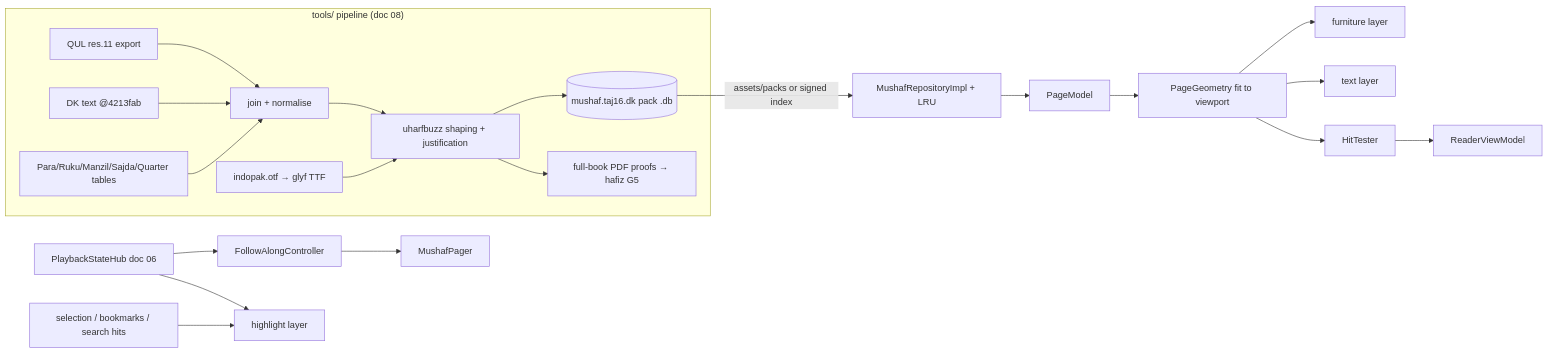
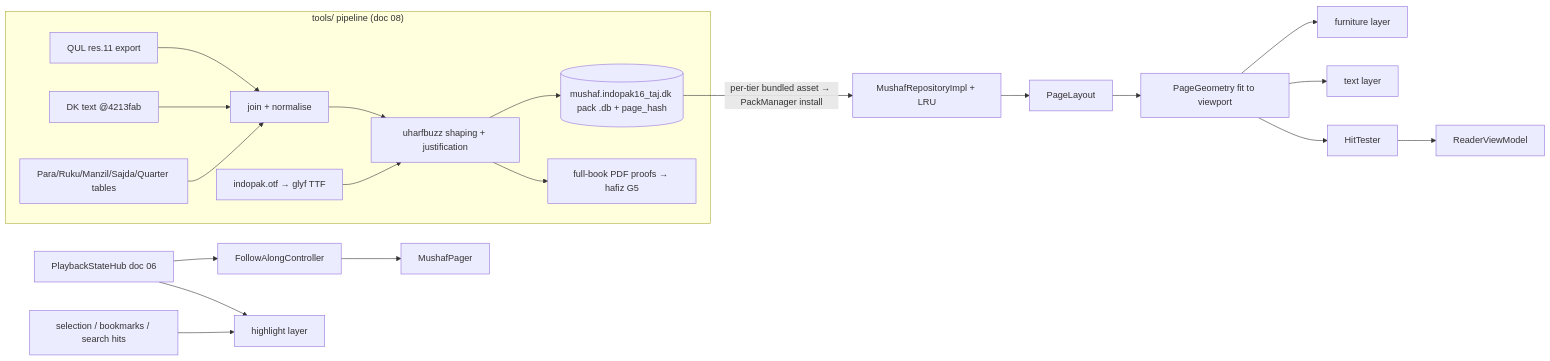
The diagram in docs/plan/05-mushaf-rendering-engine.md (Chughtaie/criterion), drawn with Mermaid before and after one commit. The commit also changed other lines of this file and 12 other files, not shown here.

````diff
--- a/docs/plan/05-mushaf-rendering-engine.md
+++ b/docs/plan/05-mushaf-rendering-engine.md
@@ -67,19 +70,19 @@
 ```mermaid
 flowchart LR
   subgraph Offline["tools/ pipeline (doc 08)"]
     QUL[QUL res.11 export] --> J[join + normalise]
     DK[DK text @4213fab] --> J
     META[Para/Ruku/Manzil/Sajda/Quarter tables] --> J
     F[indopak.otf → glyf TTF] --> HB[uharfbuzz shaping + justification]
-    J --> HB --> PK[(mushaf.taj16.dk pack .db)]
+    J --> HB --> PK[(mushaf.indopak16_taj.dk pack .db + page_hash)]
     HB --> PDF[full-book PDF proofs → hafiz G5]
   end
-  PK -->|assets/packs or signed index| REPO[MushafRepositoryImpl + LRU]
-  REPO --> PM[PageModel]
+  PK -->|per-tier bundled asset → PackManager install| REPO[MushafRepositoryImpl + LRU]
+  REPO --> PM[PageLayout]
   PM --> GEO[PageGeometry fit to viewport]
   GEO --> L1[furniture layer] & L3[text layer]
   HUB[PlaybackStateHub doc 06] --> FA[FollowAlongController] --> PAGER[MushafPager]
   HUB --> L2[highlight layer]
   SEL[selection / bookmarks / search hits] --> L2
   GEO --> HIT[HitTester] --> VM[ReaderViewModel]
 ```
````
